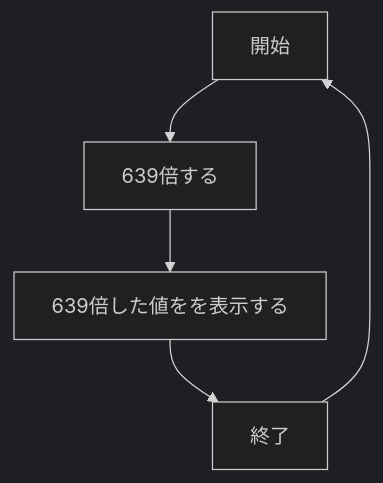
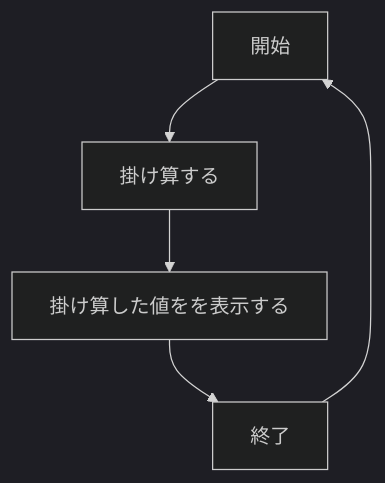
Before and after one commit to ryuki-97/webpro_06: the first of 2 diagrams in README.md, drawn with Mermaid (dark theme). The commit also changed other lines of this file, not shown here.

Commit message:
ドキュメントの内容を変更した

````diff
--- a/README.md
+++ b/README.md
@@ -29,7 +29,7 @@
 ```mermaid
 flowchart TD;
-開始 --> 639倍する;
-639倍する --> 639倍した値をを表示する;
-639倍した値をを表示する --> 終了;
+開始 --> 掛け算する;
+掛け算する --> 掛け算した値をを表示する;
+掛け算した値をを表示する --> 終了;
 終了 --> 開始;
 ```
````
